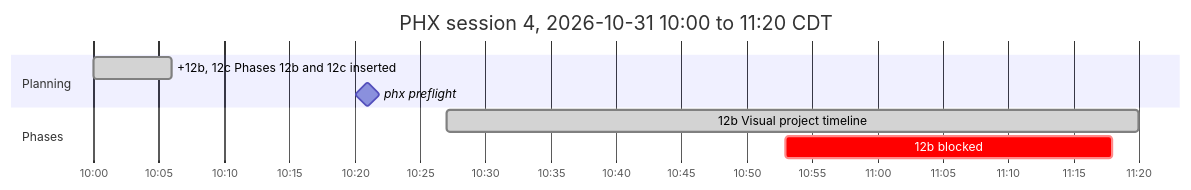
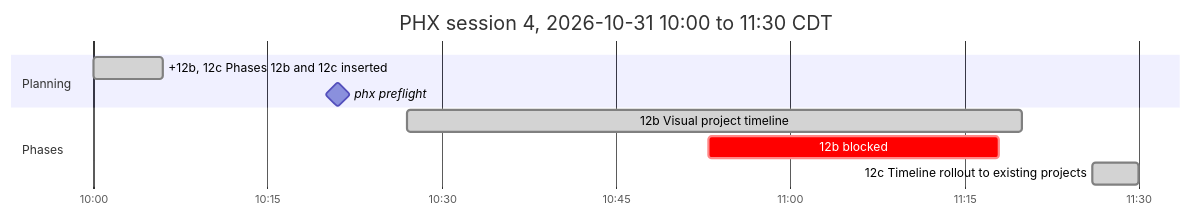
The fourth of 4 diagrams in docs/PHX_FINAL-REPORT.md (antonizick/PhaseHypervisor), drawn with Mermaid before and after one commit. The commit also changed other lines of this file and 2 other files, not shown here.

Commit message:
docs(plan): refresh timeline

````diff
--- a/docs/PHX_FINAL-REPORT.md
+++ b/docs/PHX_FINAL-REPORT.md
@@ -137,12 +137,13 @@
 ```mermaid
 gantt
-    title PHX session 4, 2026-10-31 10:00 to 11:20 CDT
+    title PHX session 4, 2026-10-31 10:00 to 11:30 CDT
     dateFormat YYYY-MM-DD HH:mm
     axisFormat %H:%M
     section Planning
     +12b, 12c Phases 12b and 12c inserted :done, plan2, 2026-10-31 10:00, 2026-10-31 10:06
     phx preflight :milestone, pfe4af278, 2026-10-31 10:21, 0m
     section Phases
     12b Visual project timeline :done, p12bs4, 2026-10-31 10:27, 2026-10-31 11:20
     12b blocked :crit, p12bw1s4, 2026-10-31 10:53, 2026-10-31 11:18
+    12c Timeline rollout to existing projects :done, p12cs4, 2026-10-31 11:26, 2026-10-31 11:30
 ```
````
